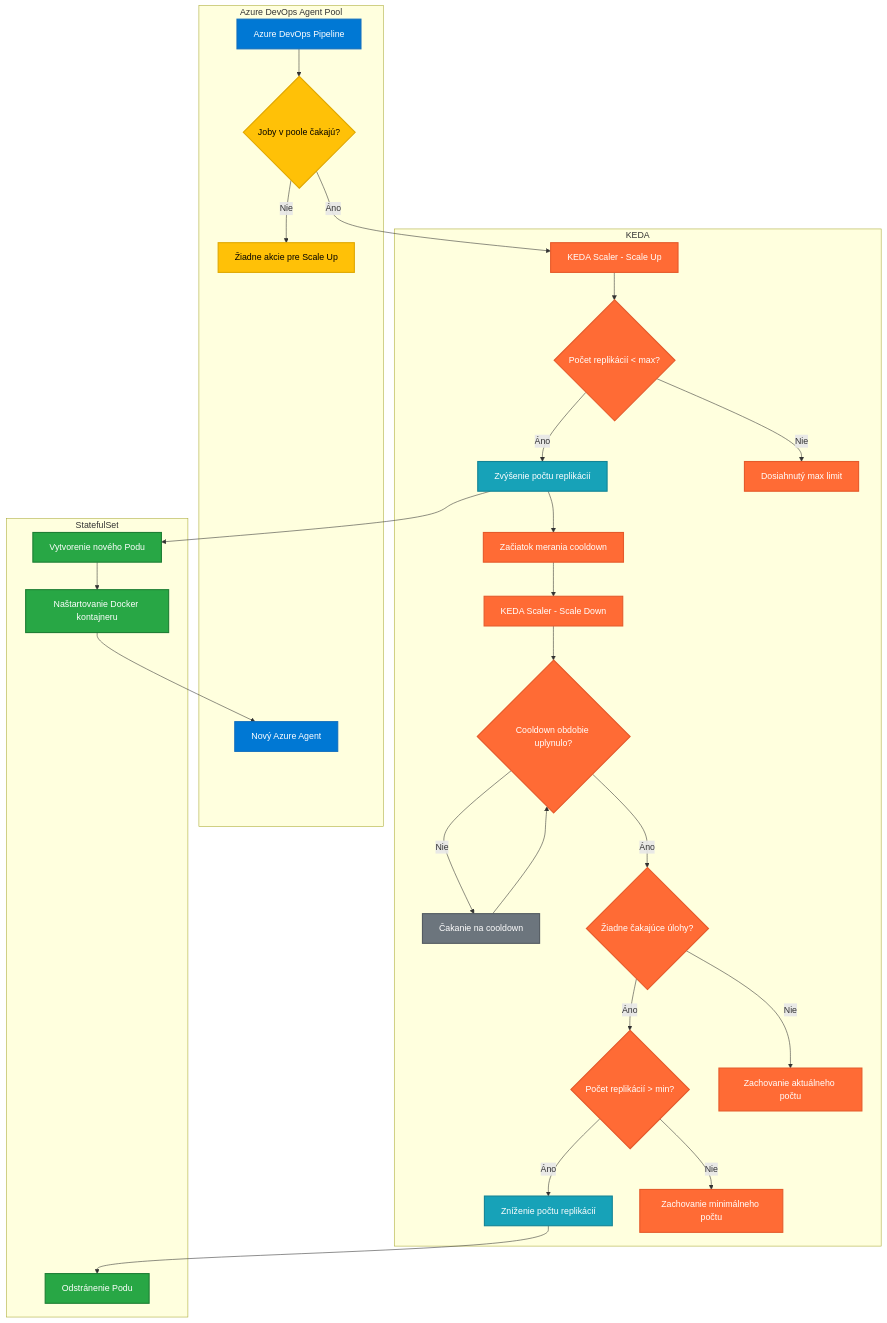
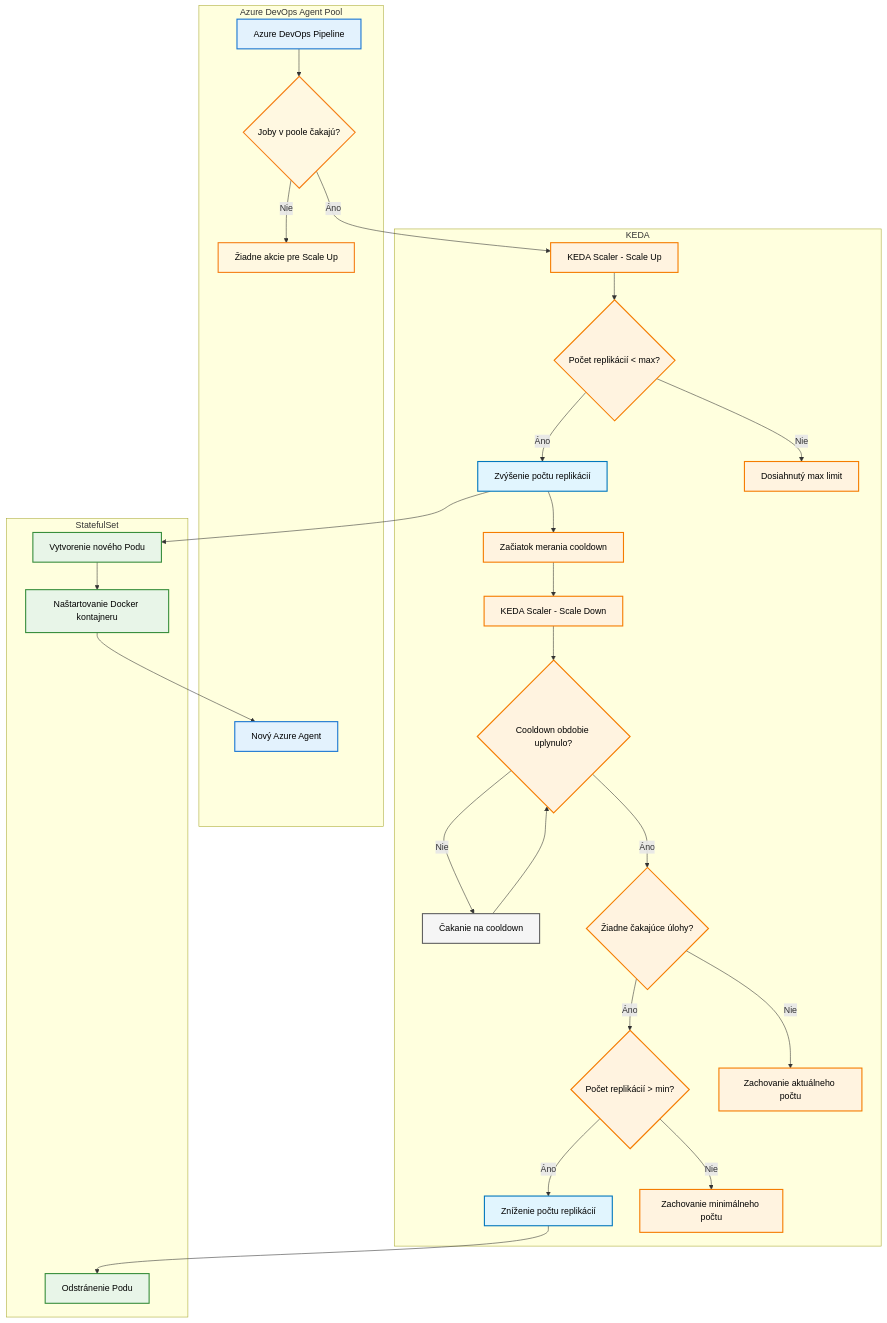
The second of 2 diagrams in linuxmachine/user-documentation.md (motycak/kros-sk.github.io), drawn with Mermaid before and after one commit.

````diff
--- a/linuxmachine/user-documentation.md
+++ b/linuxmachine/user-documentation.md
@@ -108,70 +108,70 @@
 ```mermaid
 flowchart TD
     A[Azure DevOps Pipeline] --> B{Joby v poole čakajú?}
     B -->|Áno| C[KEDA Scaler - Scale Up]
     B -->|Nie| D[Žiadne akcie pre Scale Up]
     
     C --> F{Počet replikácií < max?}
     F -->|Áno| G[Zvýšenie počtu replikácií]
     F -->|Nie| H[Dosiahnutý max limit]
     
     G --> J[Vytvorenie nového Podu]
     J --> K[Naštartovanie Docker kontajneru]
     K --> L[Nový Azure Agent]
     G --> M[Začiatok merania cooldown]
     
     M --> P[KEDA Scaler - Scale Down]
     P --> Q{Cooldown obdobie uplynulo?}
     Q -->|Nie| R[Čakanie na cooldown]
     R --> Q
     Q -->|Áno| S{Žiadne čakajúce úlohy?}
     S -->|Áno| T{Počet replikácií > min?}
     T -->|Áno| U[Zníženie počtu replikácií]
     T -->|Nie| V[Zachovanie minimálneho počtu]
     S -->|Nie| W[Zachovanie aktuálneho počtu]
     
     U --> X[Odstránenie Podu]
     
     subgraph "KEDA"
         C
         F
         G
         H
         M
         P
         Q
         R
         S
         T
         U
         V
         W
     end
     
     subgraph "Azure DevOps Agent Pool"
         A
         B
         D
         L
     end
     
     subgraph "StatefulSet"
         J
         K
         X
     end
     
-    classDef azureDevOps fill:#0078d4,stroke:#106ebe,stroke-width:2px,color:#ffffff
-    classDef keda fill:#ff6b35,stroke:#e55a2b,stroke-width:2px,color:#ffffff
-    classDef statefulSet fill:#28a745,stroke:#1e7e34,stroke-width:2px,color:#ffffff
-    classDef decision fill:#ffc107,stroke:#e0a800,stroke-width:2px,color:#000000
-    classDef action fill:#17a2b8,stroke:#138496,stroke-width:2px,color:#ffffff
-    classDef wait fill:#6c757d,stroke:#545b62,stroke-width:2px,color:#ffffff
+    classDef azureDevOps fill:#e3f2fd,stroke:#1976d2,stroke-width:2px,color:#000
+    classDef keda fill:#fff3e0,stroke:#f57c00,stroke-width:2px,color:#000
+    classDef statefulSet fill:#e8f5e8,stroke:#388e3c,stroke-width:2px,color:#000
+    classDef decision fill:#fff8e1,stroke:#f57f17,stroke-width:2px,color:#000
+    classDef action fill:#e1f5fe,stroke:#0277bd,stroke-width:2px,color:#000
+    classDef wait fill:#f5f5f5,stroke:#616161,stroke-width:2px,color:#000
     
     class A,L azureDevOps
     class C,F,G,H,M,P,Q,R,S,T,U,V,W keda
     class J,K,X statefulSet
     class B,D decision
     class G,U action
     class R wait
 ```
````
